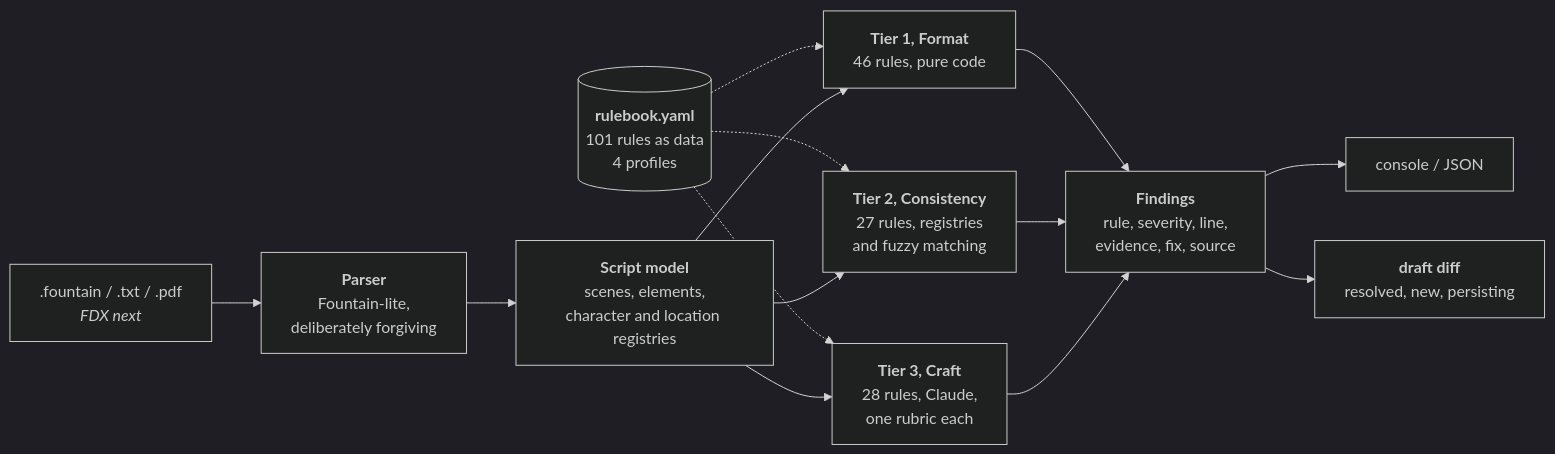
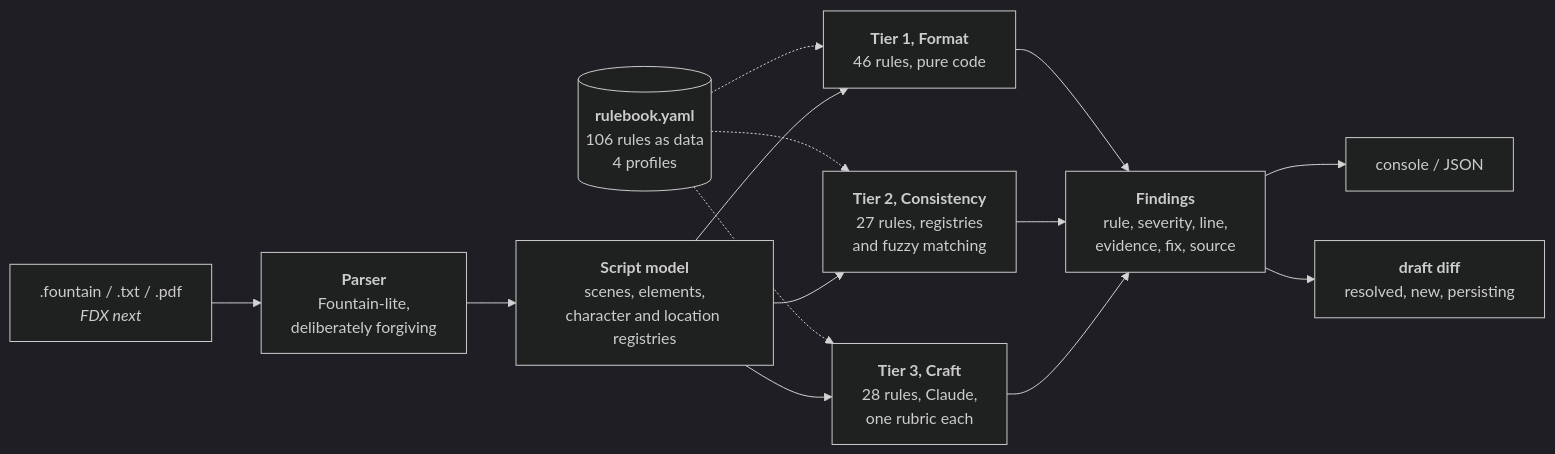
Before and after one commit to abhilashbokka/sluglint: the diagram in README.md, drawn with Mermaid (dark theme). The commit also changed other lines of this file and 12 other files, not shown here.

````diff
--- a/README.md
+++ b/README.md
@@ -98,12 +99,12 @@
 ```mermaid
 flowchart LR
     IN[".fountain / .txt / .pdf<br/><i>FDX next</i>"] --> P["<b>Parser</b><br/>Fountain-lite,<br/>deliberately forgiving"]
     P --> S["<b>Script model</b><br/>scenes, elements,<br/>character and location registries"]
-    RB[("<b>rulebook.yaml</b><br/>101 rules as data<br/>4 profiles")] -.-> T1 & T2 & T3
+    RB[("<b>rulebook.yaml</b><br/>106 rules as data<br/>4 profiles")] -.-> T1 & T2 & T3
     S --> T1["<b>Tier 1, Format</b><br/>46 rules, pure code"]
     S --> T2["<b>Tier 2, Consistency</b><br/>27 rules, registries<br/>and fuzzy matching"]
     S --> T3["<b>Tier 3, Craft</b><br/>28 rules, Claude,<br/>one rubric each"]
     T1 & T2 & T3 --> F["<b>Findings</b><br/>rule, severity, line,<br/>evidence, fix, source"]
     F --> R1["console / JSON"]
     F --> D["<b>draft diff</b><br/>resolved, new, persisting"]
 ```
````
